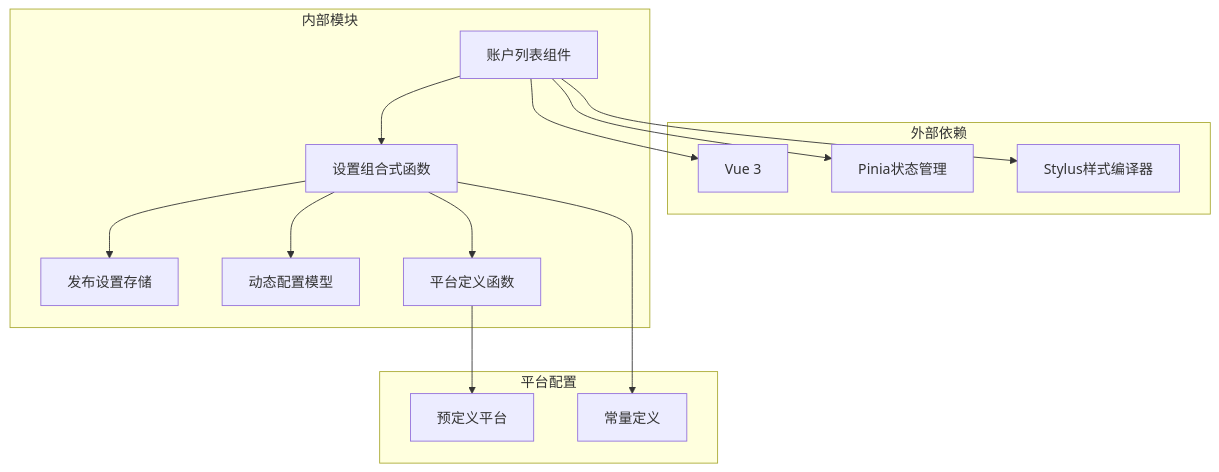
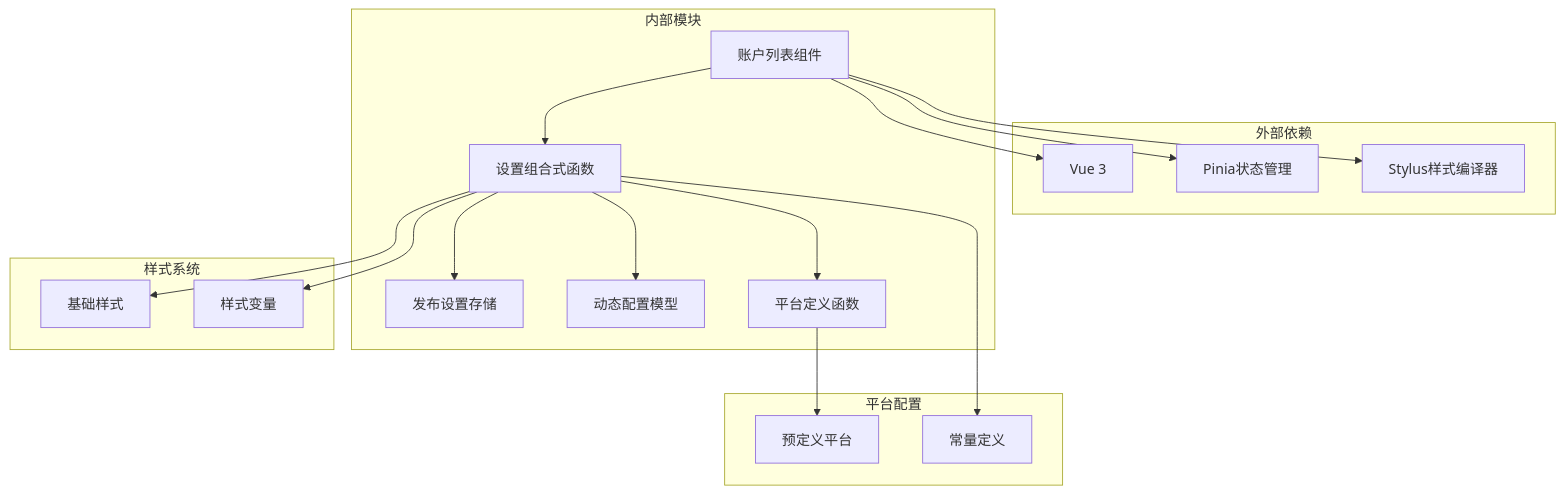
Before and after one commit to terwer/siyuan-plugin-publisher: the seventh of 8 diagrams in .qoder/repowiki/zh/content/V2 Account List Component.md, drawn with Mermaid. The commit also changed other lines of this file and 16 other files, not shown here.

First line of the commit message:
feat!: migrate V2 UI architecture from iframe SPA to native DOM mounting

````diff
--- a/.qoder/repowiki/zh/content/V2 Account List Component.md
+++ b/.qoder/repowiki/zh/content/V2 Account List Component.md
@@ -305,28 +369,34 @@
 ```mermaid
 graph TB
 subgraph "外部依赖"
 Vue[Vue 3]
 Pinia[Pinia状态管理]
 Stylus[Stylus样式编译器]
 end
 subgraph "内部模块"
 V2AccountList[账户列表组件]
 useV2Settings[设置组合式函数]
 usePublishSettingStore[发布设置存储]
 dynamicConfig[动态配置模型]
 usePlatformDefine[平台定义函数]
 end
 subgraph "平台配置"
 pre[预定义平台]
 constants[常量定义]
 end
+subgraph "样式系统"
+baseStyl[基础样式]
+variablesStyl[样式变量]
+end
 V2AccountList --> useV2Settings
 useV2Settings --> usePublishSettingStore
 useV2Settings --> dynamicConfig
 useV2Settings --> usePlatformDefine
 usePlatformDefine --> pre
 useV2Settings --> constants
+useV2Settings --> baseStyl
+useV2Settings --> variablesStyl
 V2AccountList --> Vue
 V2AccountList --> Pinia
 V2AccountList --> Stylus
 ```
````
